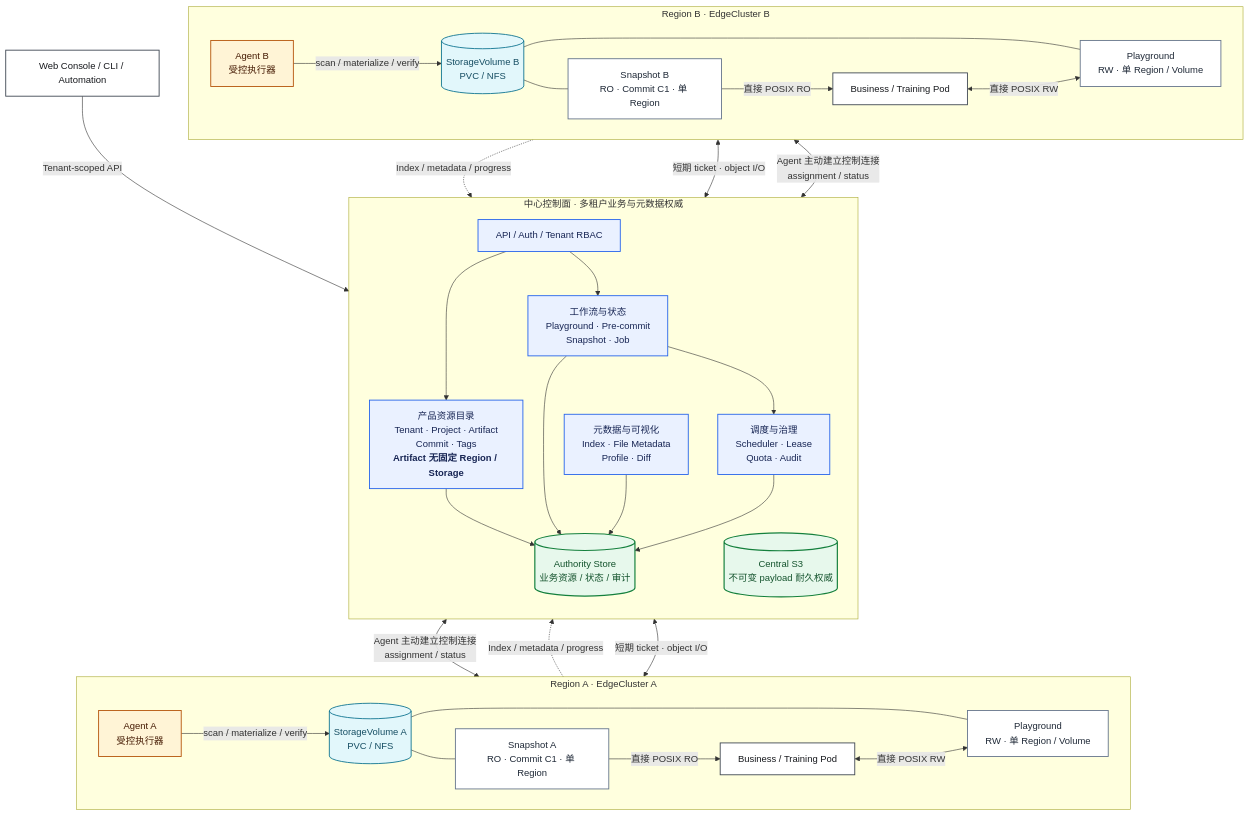
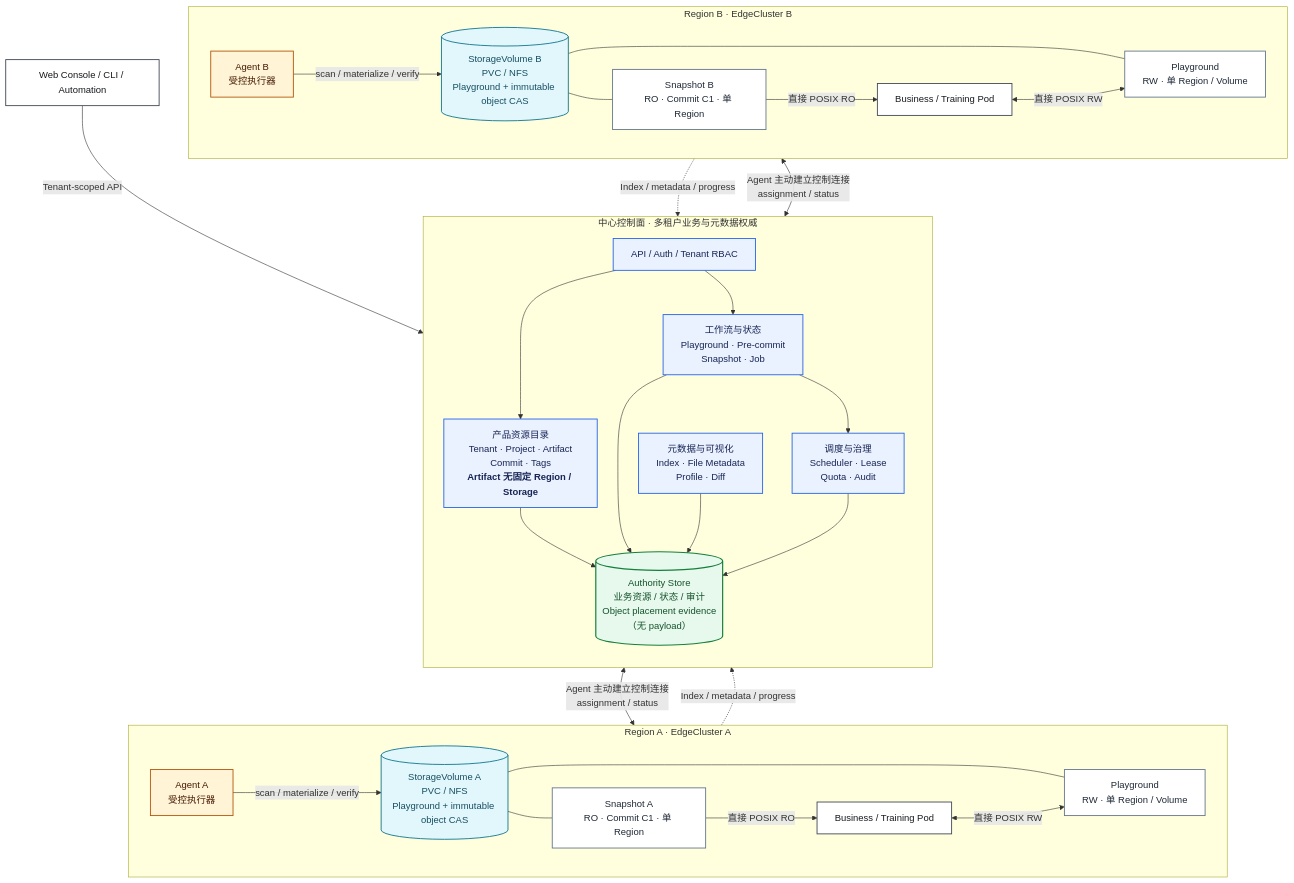
The diagram in docs/centralized-agent-product.md (kwsc98/neoengram), drawn with Mermaid before and after one commit. The commit also changed other lines of this file and 202 other files, not shown here.

````diff
--- a/docs/centralized-agent-product.md
+++ b/docs/centralized-agent-product.md
@@ -86,74 +86,70 @@
 ```mermaid
 flowchart TB
     ENTRY["Web Console / CLI / Automation"]
 
     subgraph CENTER["中心控制面 · 多租户业务与元数据权威"]
         direction TB
         API["API / Auth / Tenant RBAC"]
         CATALOG["产品资源目录<br/>Tenant · Project · Artifact<br/>Commit · Tags<br/><b>Artifact 无固定 Region / Storage</b>"]
         WORKFLOW["工作流与状态<br/>Playground · Pre-commit<br/>Snapshot · Job"]
         META["元数据与可视化<br/>Index · File Metadata<br/>Profile · Diff"]
         OPS["调度与治理<br/>Scheduler · Lease<br/>Quota · Audit"]
-        DB[("Authority Store<br/>业务资源 / 状态 / 审计")]
-        S3[("Central S3<br/>不可变 payload 耐久权威")]
+        DB[("Authority Store<br/>业务资源 / 状态 / 审计<br/>Object placement evidence（无 payload）")]
 
         API --> CATALOG
         API --> WORKFLOW
         CATALOG --> DB
         WORKFLOW --> DB
         META --> DB
         OPS --> DB
         WORKFLOW --> OPS
     end
 
     ENTRY -->|"Tenant-scoped API"| API
 
     subgraph REGION_A["Region A · EdgeCluster A"]
         direction LR
         AGENT_A["Agent A<br/>受控执行器"]
-        VOLUME_A[("StorageVolume A<br/>PVC / NFS")]
+        VOLUME_A[("StorageVolume A<br/>PVC / NFS<br/>Playground + immutable object CAS")]
         PG_A["Playground<br/>RW · 单 Region / Volume"]
         SS_A["Snapshot A<br/>RO · Commit C1 · 单 Region"]
         POD_A["Business / Training Pod"]
         AGENT_A -->|"scan / materialize / verify"| VOLUME_A
         VOLUME_A --- PG_A
         VOLUME_A --- SS_A
         POD_A <-->|"直接 POSIX RW"| PG_A
         SS_A -->|"直接 POSIX RO"| POD_A
     end
 
     subgraph REGION_B["Region B · EdgeCluster B"]
         direction LR
         AGENT_B["Agent B<br/>受控执行器"]
-        VOLUME_B[("StorageVolume B<br/>PVC / NFS")]
+        VOLUME_B[("StorageVolume B<br/>PVC / NFS<br/>Playground + immutable object CAS")]
         PG_B["Playground<br/>RW · 单 Region / Volume"]
         SS_B["Snapshot B<br/>RO · Commit C1 · 单 Region"]
         POD_B["Business / Training Pod"]
         AGENT_B -->|"scan / materialize / verify"| VOLUME_B
         VOLUME_B --- PG_B
         VOLUME_B --- SS_B
         POD_B <-->|"直接 POSIX RW"| PG_B
         SS_B -->|"直接 POSIX RO"| POD_B
     end
 
     OPS <-->|"Agent 主动建立控制连接<br/>assignment / status"| AGENT_A
     OPS <-->|"Agent 主动建立控制连接<br/>assignment / status"| AGENT_B
     AGENT_A -.->|"Index / metadata / progress"| META
     AGENT_B -.->|"Index / metadata / progress"| META
-    AGENT_A <-->|"短期 ticket · object I/O"| S3
-    AGENT_B <-->|"短期 ticket · object I/O"| S3
-
     classDef entry fill:#ffffff,stroke:#3f4752,color:#17191d,stroke-width:1.5px;
     classDef control fill:#eaf1ff,stroke:#2563eb,color:#172554,stroke-width:1.5px;
     classDef authority fill:#e7f8ec,stroke:#15803d,color:#14532d,stroke-width:2px;
     classDef agent fill:#fff4d6,stroke:#b45309,color:#451a03,stroke-width:1.5px;
     classDef storage fill:#e2f7fb,stroke:#0e7490,color:#164e63,stroke-width:1.5px;
     classDef view fill:#ffffff,stroke:#64748b,color:#1f2937,stroke-width:1.5px;
 
     class ENTRY,POD_A,POD_B entry;
     class API,CATALOG,WORKFLOW,META,OPS control;
-    class DB,S3 authority;
+    class DB authority;
     class AGENT_A,AGENT_B agent;
     class VOLUME_A,VOLUME_B storage;
     class PG_A,PG_B,SS_A,SS_B view;
 ```
````
